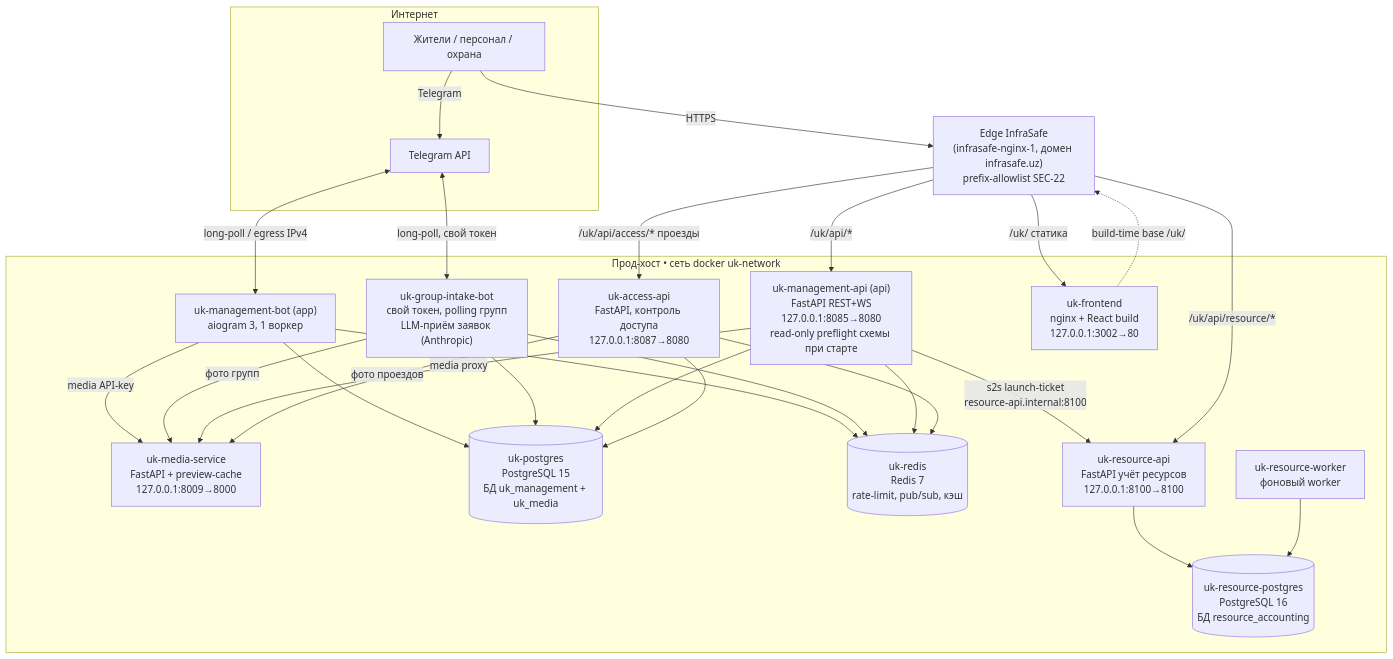
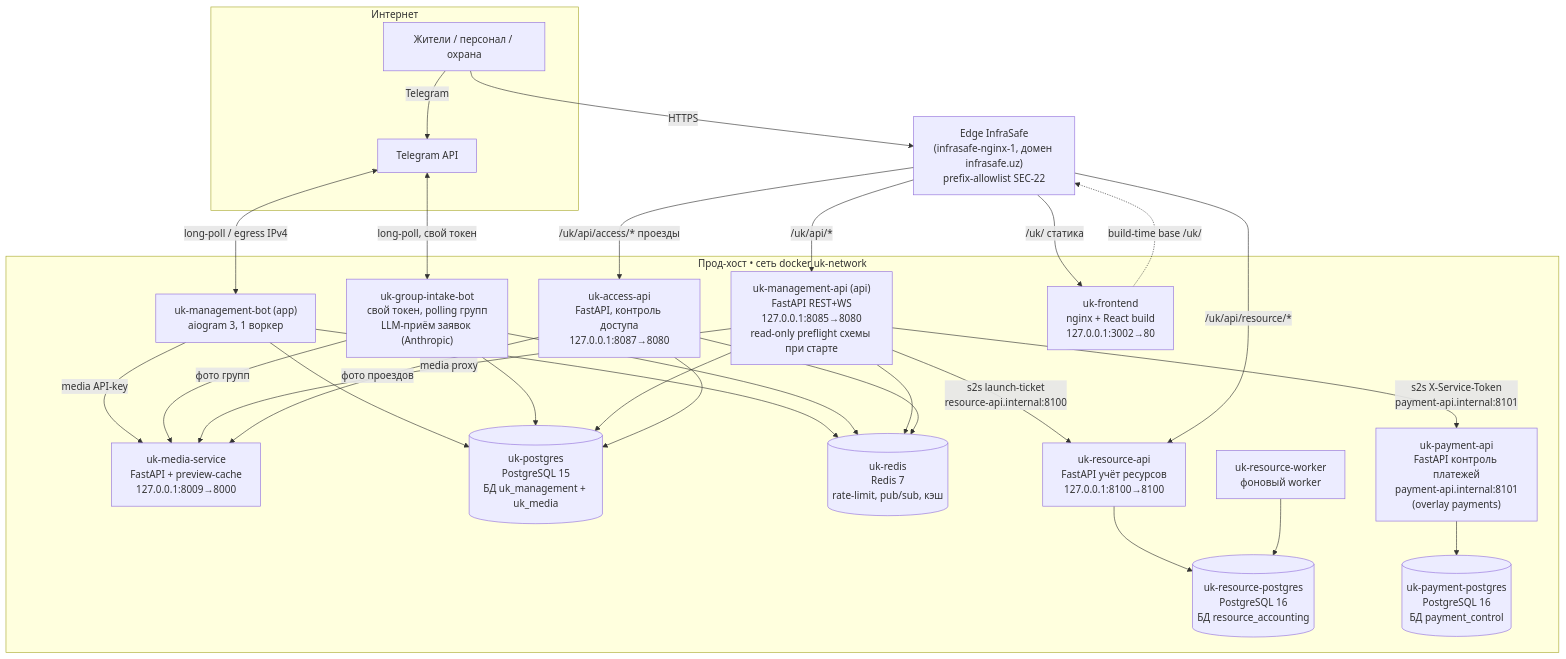
Before and after one commit to a-afanasyev/Infrasafe_bot: the diagram in docs/tech/ARCHITECTURE.md, drawn with Mermaid. The commit also changed other lines of this file and 4 other files, not shown here.

First line of the commit message:
docs: A9-P3-27 — README/ARCHITECTURE догнали код, хрупкие file:line убраны

````diff
--- a/docs/tech/ARCHITECTURE.md
+++ b/docs/tech/ARCHITECTURE.md
@@ -66,49 +79,53 @@
 ```mermaid
 flowchart TB
     subgraph internet[Интернет]
         tg[Telegram API]
         user[Жители / персонал / охрана]
     end
 
     edge["Edge InfraSafe\n(infrasafe-nginx-1, домен infrasafe.uz)\nprefix-allowlist SEC-22"]
 
     subgraph host[Прод-хост • сеть docker uk-network]
         bot["uk-management-bot (app)\naiogram 3, 1 воркер"]
         gib["uk-group-intake-bot\nсвой токен, polling групп\nLLM-приём заявок (Anthropic)"]
         api["uk-management-api (api)\nFastAPI REST+WS\n127.0.0.1:8085→8080\nread-only preflight схемы при старте"]
         access["uk-access-api\nFastAPI, контроль доступа\n127.0.0.1:8087→8080"]
         front["uk-frontend\nnginx + React build\n127.0.0.1:3002→80"]
         media["uk-media-service\nFastAPI + preview-cache\n127.0.0.1:8009→8000"]
         pg[("uk-postgres\nPostgreSQL 15\nБД uk_management + uk_media")]
         redis[("uk-redis\nRedis 7\nrate-limit, pub/sub, кэш")]
         rapi["uk-resource-api\nFastAPI учёт ресурсов\n127.0.0.1:8100→8100"]
         rworker["uk-resource-worker\nфоновый worker"]
         rpg[("uk-resource-postgres\nPostgreSQL 16\nБД resource_accounting")]
+        papi["uk-payment-api\nFastAPI контроль платежей\npayment-api.internal:8101\n(overlay payments)"]
+        ppg[("uk-payment-postgres\nPostgreSQL 16\nБД payment_control")]
     end
 
     user -->|HTTPS| edge
     user -->|Telegram| tg
     tg <-->|long-poll / egress IPv4| bot
     edge -->|/uk/ статика| front
     edge -->|/uk/api/*| api
     edge -->|/uk/api/access/* проезды| access
 
     bot --> pg
     bot --> redis
     bot -->|media API-key| media
     tg <-->|long-poll, свой токен| gib
     gib --> pg
     gib --> redis
     gib -->|фото групп| media
     api --> pg
     api --> redis
     api -->|media proxy| media
     access --> pg
     access --> redis
     access -->|фото проездов| media
     api -->|s2s launch-ticket\nresource-api.internal:8100| rapi
     edge -->|/uk/api/resource/*| rapi
     rapi --> rpg
     rworker --> rpg
+    api -->|s2s X-Service-Token\npayment-api.internal:8101| papi
+    papi --> ppg
     front -.->|build-time base /uk/| edge
 ```
````
